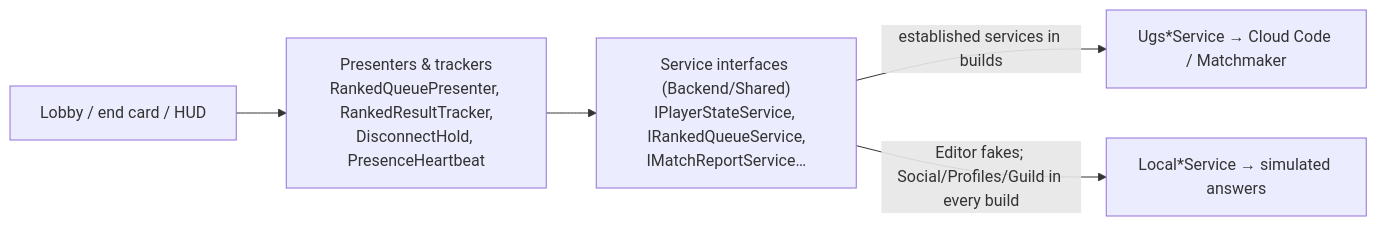
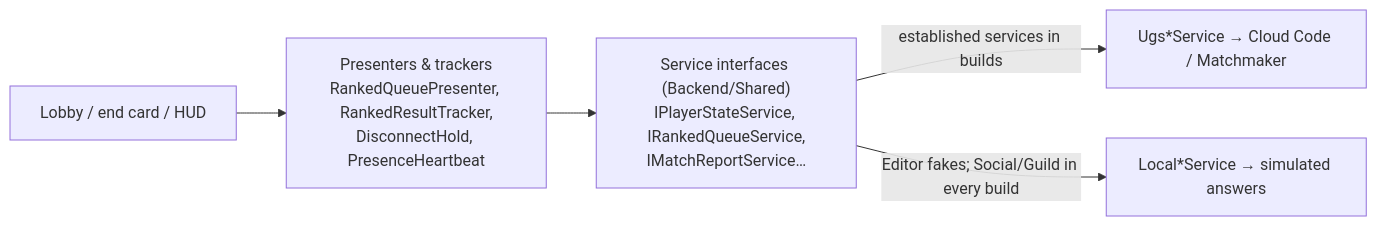
One commit to owen-donohoe/NodeGame changed the diagram in notes/1 Systems/Backend client.md. Above: the diagram before and after it, drawn with Mermaid. The commit also changed other lines of this file and 33 other files, not shown here.

````diff
--- a/notes/1 Systems/Backend client.md
+++ b/notes/1 Systems/Backend client.md
@@ -38,7 +38,7 @@
 ```mermaid
 flowchart LR
     UI[Lobby / end card / HUD] --> P["Presenters & trackers<br/>RankedQueuePresenter, RankedResultTracker,<br/>DisconnectHold, PresenceHeartbeat"]
     P --> S["Service interfaces (Backend/Shared)<br/>IPlayerStateService, IRankedQueueService,<br/>IMatchReportService…"]
     S -->|established services in builds| U["Ugs*Service → Cloud Code / Matchmaker"]
-    S -->|Editor fakes; Social/Profiles/Guild in every build| L["Local*Service → simulated answers"]
+    S -->|Editor fakes; Social/Guild in every build| L["Local*Service → simulated answers"]
 ```
````
